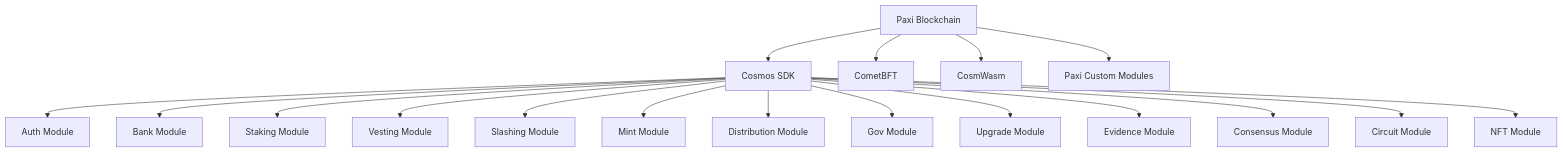
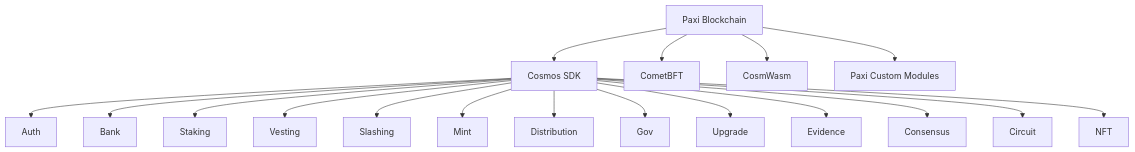
Before and after one commit to paxi-web3/paxi: the diagram in README.md, drawn with Mermaid. The commit also changed other lines of this file, not shown here.

Commit message:
usual updates

````diff
--- a/README.md
+++ b/README.md
@@ -57,21 +52,21 @@
-<div class="mermaid">
+```mermaid
 graph TD
-    A[Paxi Blockchain] --> B[Cosmos SDK]
-    B --> B1[Auth Module]
-    B --> B2[Bank Module]
-    B --> B3[Staking Module]
-    B --> B4[Vesting Module]
-    B --> B5[Slashing Module]
-    B --> B6[Mint Module]
-    B --> B7[Distribution Module]
-    B --> B8[Gov Module]
-    B --> B9[Upgrade Module]
-    B --> B10[Evidence Module]
-    B --> B11[Consensus Module]
-    B --> B12[Circuit Module]
-    B --> B13[NFT Module]
+  A[Paxi Blockchain] --> B[Cosmos SDK]
+  B --> B1[Auth]
+  B --> B2[Bank]
+  B --> B3[Staking]
+  B --> B4[Vesting]
+  B --> B5[Slashing]
+  B --> B6[Mint]
+  B --> B7[Distribution]
+  B --> B8[Gov]
+  B --> B9[Upgrade]
+  B --> B10[Evidence]
+  B --> B11[Consensus]
+  B --> B12[Circuit]
+  B --> B13[NFT]
 
-    A --> C[CometBFT]
-    A --> D[CosmWasm]
-    A --> E[Paxi Custom Modules]
-</div>
+  A --> C[CometBFT]
+  A --> D[CosmWasm]
+  A --> E[Paxi Custom Modules]
+  ```
````
